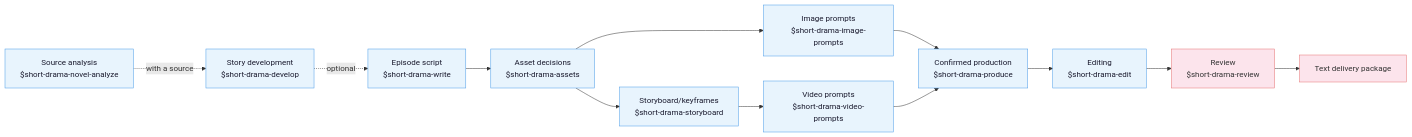
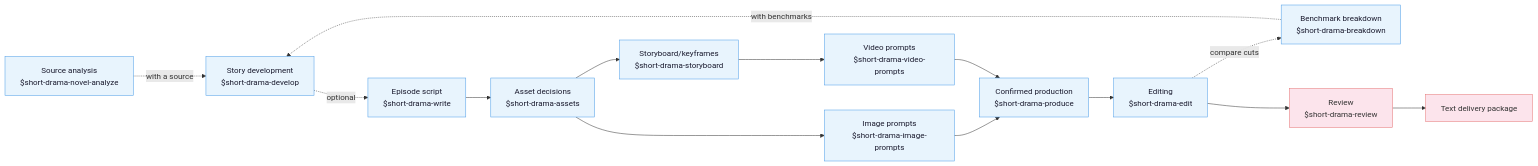
The diagram in README_EN.md (zenstory-ai/drama-skills), drawn with Mermaid before and after one commit. The commit also changed other lines of this file and 55 other files, not shown here.

````diff
--- a/README_EN.md
+++ b/README_EN.md
@@ -268,25 +268,28 @@
 ```mermaid
 flowchart LR
     classDef phase fill:#e8f4fd,color:#1a1a2e,stroke:#4a9be8,stroke-width:1px
     classDef final fill:#fce4ec,color:#333,stroke:#e57373,stroke-width:1px
 
     nva["Source analysis<br/>$short-drama-novel-analyze"]:::phase
+    brk["Benchmark breakdown<br/>$short-drama-breakdown"]:::phase
     dev["Story development<br/>$short-drama-develop"]:::phase
     write["Episode script<br/>$short-drama-write"]:::phase
     assets["Asset decisions<br/>$short-drama-assets"]:::phase
     img["Image prompts<br/>$short-drama-image-prompts"]:::phase
     sb["Storyboard/keyframes<br/>$short-drama-storyboard"]:::phase
     vid["Video prompts<br/>$short-drama-video-prompts"]:::phase
     prod["Confirmed production<br/>$short-drama-produce"]:::phase
     cut["Editing<br/>$short-drama-edit"]:::phase
     rev["Review<br/>$short-drama-review"]:::final
     pkg["Text delivery package"]:::final
 
     nva -.with a source.-> dev
+    brk -.with benchmarks.-> dev
+    cut -.compare cuts.-> brk
     dev -.optional.-> write --> assets
     assets --> img
     assets --> sb --> vid
     img --> prod
     vid --> prod
     prod --> cut --> rev --> pkg
 ```
````
